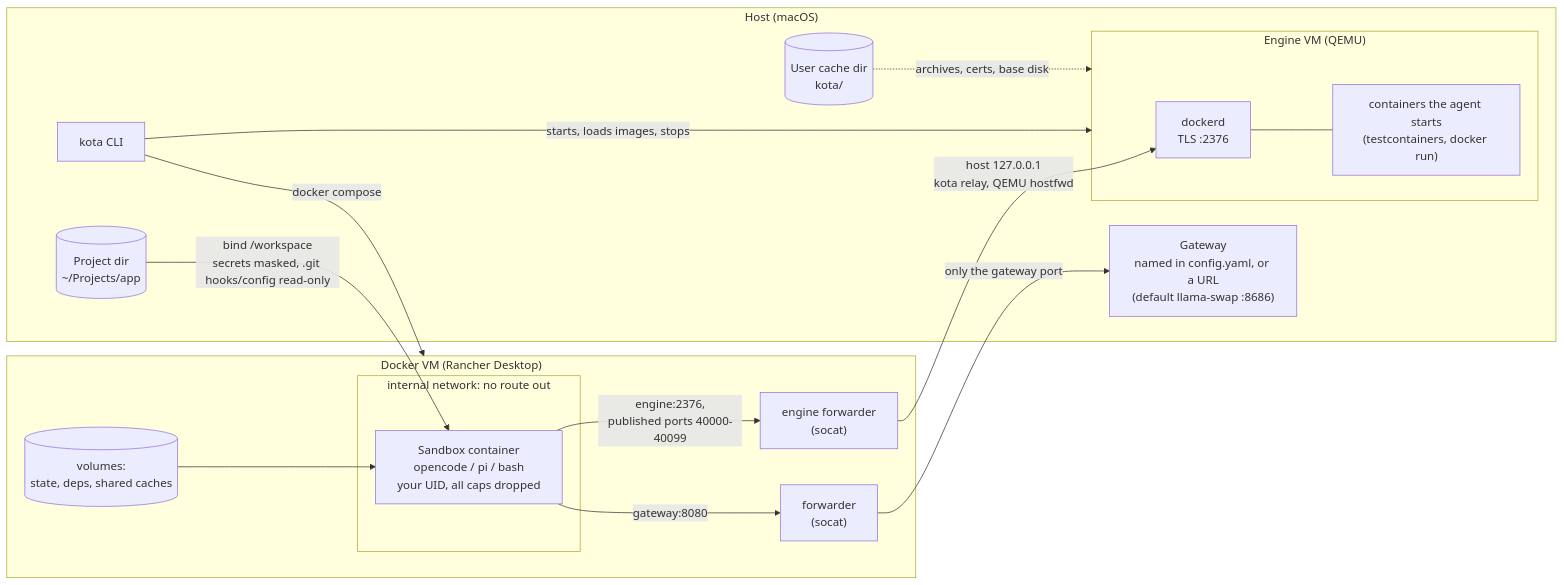
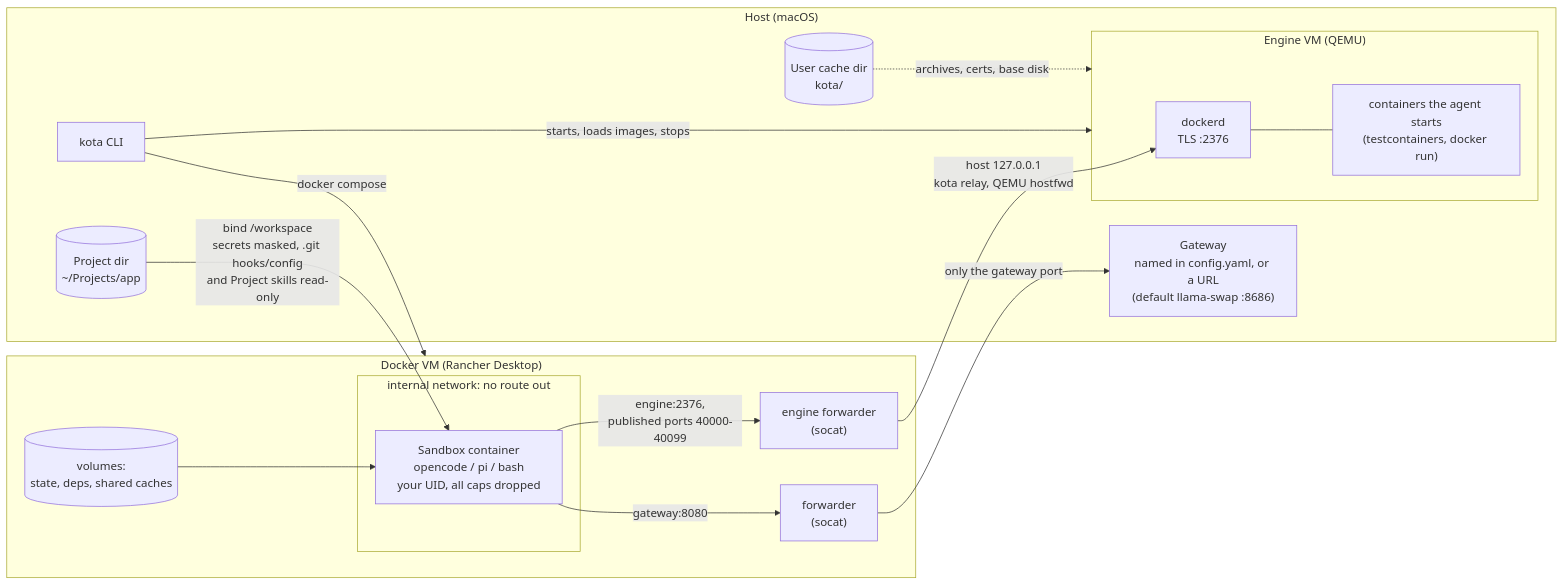
The first of 5 diagrams in docs/architecture.md (cyky/kota), drawn with Mermaid before and after one commit. The commit also changed other lines of this file and 33 other files, not shown here.

First line of the commit message:
feat: load a project's .agents/skills when kota.yaml opts in

````diff
--- a/docs/architecture.md
+++ b/docs/architecture.md
@@ -9,31 +9,31 @@
 ```mermaid
 flowchart LR
     subgraph host["Host (macOS)"]
         cli["kota CLI"]
         gw["Gateway<br/>named in config.yaml, or a URL<br/>(default llama-swap :8686)"]
         project[("Project dir<br/>~/Projects/app")]
         cache[("User cache dir<br/>kota/")]
         subgraph vm["Engine VM (QEMU)"]
             dockerd["dockerd<br/>TLS :2376"]
             ctrs["containers the agent starts<br/>(testcontainers, docker run)"]
         end
     end
 
     subgraph dvm["Docker VM (Rancher Desktop)"]
         subgraph internal["internal network: no route out"]
             sandbox["Sandbox container<br/>opencode / pi / bash<br/>your UID, all caps dropped"]
         end
         fwd["forwarder<br/>(socat)"]
         efwd["engine forwarder<br/>(socat)"]
         vols[("volumes:<br/>state, deps, shared caches")]
     end
 
     sandbox -- "gateway:8080" --> fwd -- "only the gateway port" --> gw
     sandbox -- "engine:2376,<br/>published ports 40000-40099" --> efwd -- "host 127.0.0.1<br/>kota relay, QEMU hostfwd" --> dockerd
     dockerd --- ctrs
-    project -- "bind /workspace<br/>secrets masked, .git hooks/config read-only" --> sandbox
+    project -- "bind /workspace<br/>secrets masked, .git hooks/config<br/>and Project skills read-only" --> sandbox
     vols --> sandbox
     cli -- "docker compose" --> dvm
     cli -- "starts, loads images, stops" --> vm
     cache -. "archives, certs, base disk" .-> vm
 ```
````
